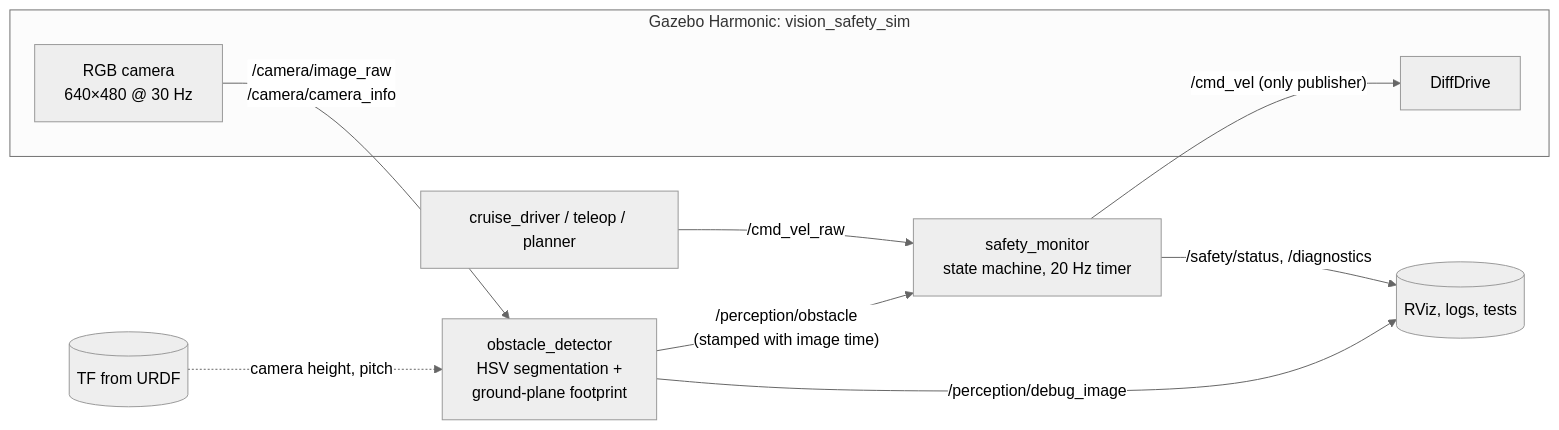
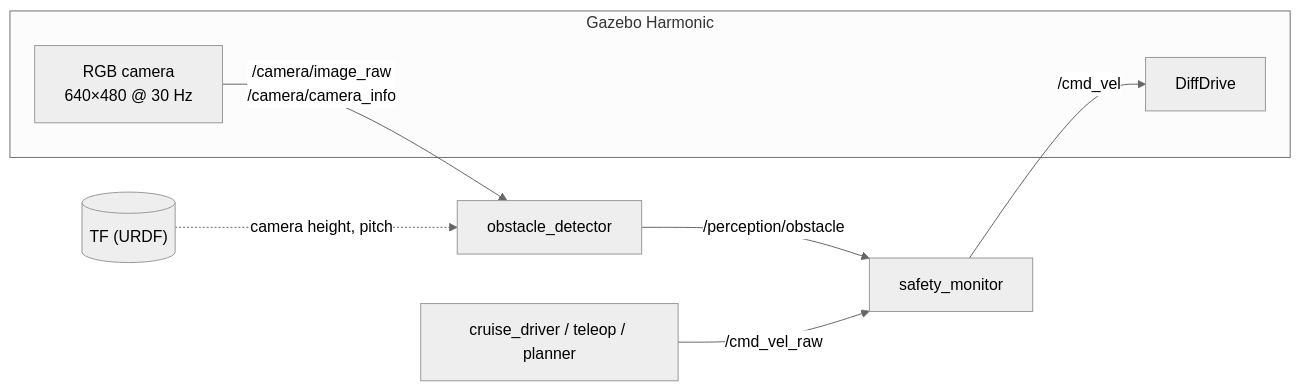
The first of 2 diagrams in README.md (kavinaya2808/ros2-vision-safety-system), drawn with Mermaid (neutral theme) before and after one commit. The commit also changed other lines of this file and 17 other files, not shown here.

````diff
--- a/README.md
+++ b/README.md
@@ -38,20 +48,17 @@
 ```mermaid
 flowchart LR
-    subgraph SIM["Gazebo Harmonic: vision_safety_sim"]
+    subgraph SIM["Gazebo Harmonic"]
         CAM["RGB camera<br/>640×480 @ 30 Hz"]
         DRIVE["DiffDrive"]
     end
-    TF[("TF from URDF")]
+    TF[("TF (URDF)")]
     UP["cruise_driver / teleop / planner"]
-    DET["obstacle_detector<br/>HSV segmentation +<br/>ground-plane footprint"]
-    SAFE["safety_monitor<br/>state machine, 20 Hz timer"]
-    OUT[("RViz, logs, tests")]
+    DET["obstacle_detector"]
+    SAFE["safety_monitor"]
 
     CAM -- "/camera/image_raw<br/>/camera/camera_info" --> DET
     TF -. "camera height, pitch" .-> DET
-    DET -- "/perception/obstacle<br/>(stamped with image time)" --> SAFE
+    DET -- "/perception/obstacle" --> SAFE
     UP -- "/cmd_vel_raw" --> SAFE
-    SAFE -- "/cmd_vel (only publisher)" --> DRIVE
-    SAFE -- "/safety/status, /diagnostics" --> OUT
-    DET -- "/perception/debug_image" --> OUT
+    SAFE -- "/cmd_vel" --> DRIVE
 ```
````
